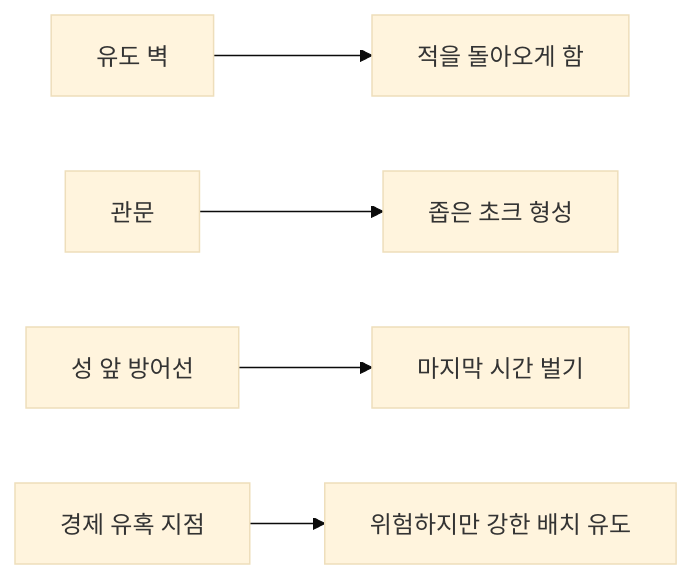
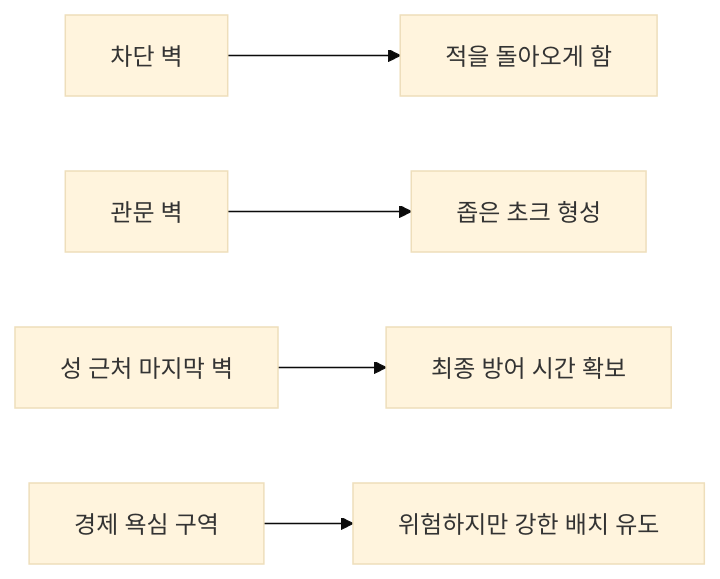
Before and after one commit to leeminq1/flutter_game_depense_hero: the fourth of 4 diagrams in docs/design-docs/map-authoring/visual-guide.md, drawn with Mermaid (base theme). The commit also changed other lines of this file and 3 other files, not shown here.

````diff
--- a/docs/design-docs/map-authoring/visual-guide.md
+++ b/docs/design-docs/map-authoring/visual-guide.md
@@ -102,7 +89,7 @@
 ```mermaid
 flowchart LR
-    A["유도 벽"] --> B["적을 돌아오게 함"]
-    C["관문"] --> D["좁은 초크 형성"]
-    E["성 앞 방어선"] --> F["마지막 시간 벌기"]
-    G["경제 유혹 지점"] --> H["위험하지만 강한 배치 유도"]
+    A["차단 벽"] --> B["적을 돌아오게 함"]
+    C["관문 벽"] --> D["좁은 초크 형성"]
+    E["성 근처 마지막 벽"] --> F["최종 방어 시간 확보"]
+    G["경제 욕심 구역"] --> H["위험하지만 강한 배치 유도"]
 ```
````
